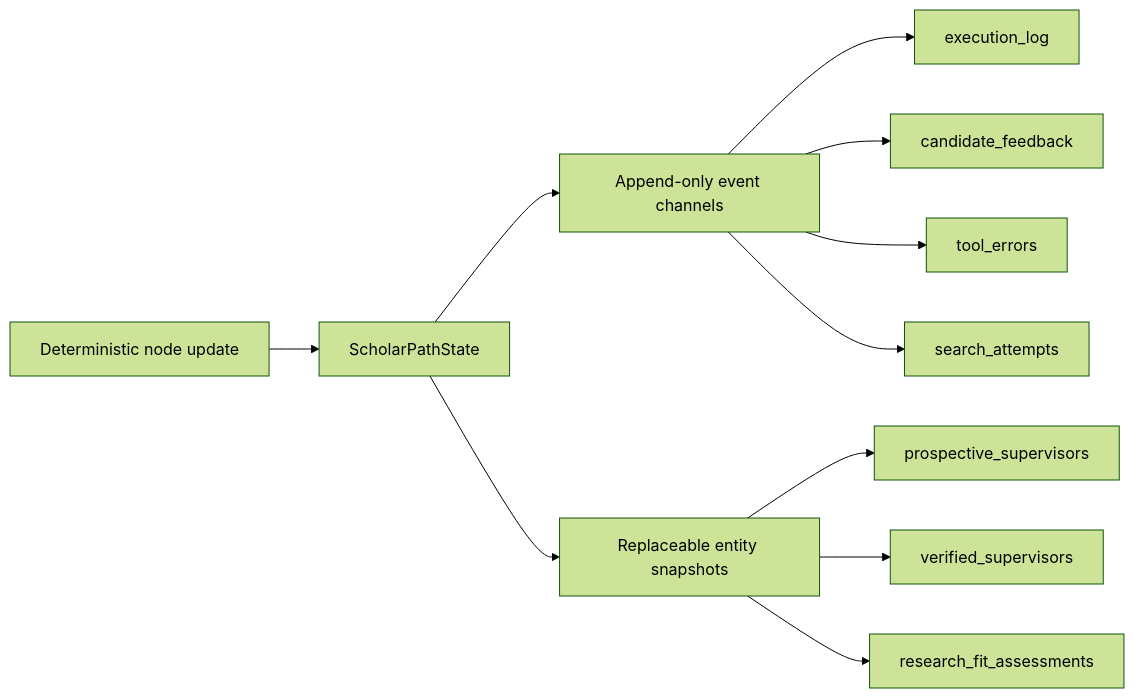
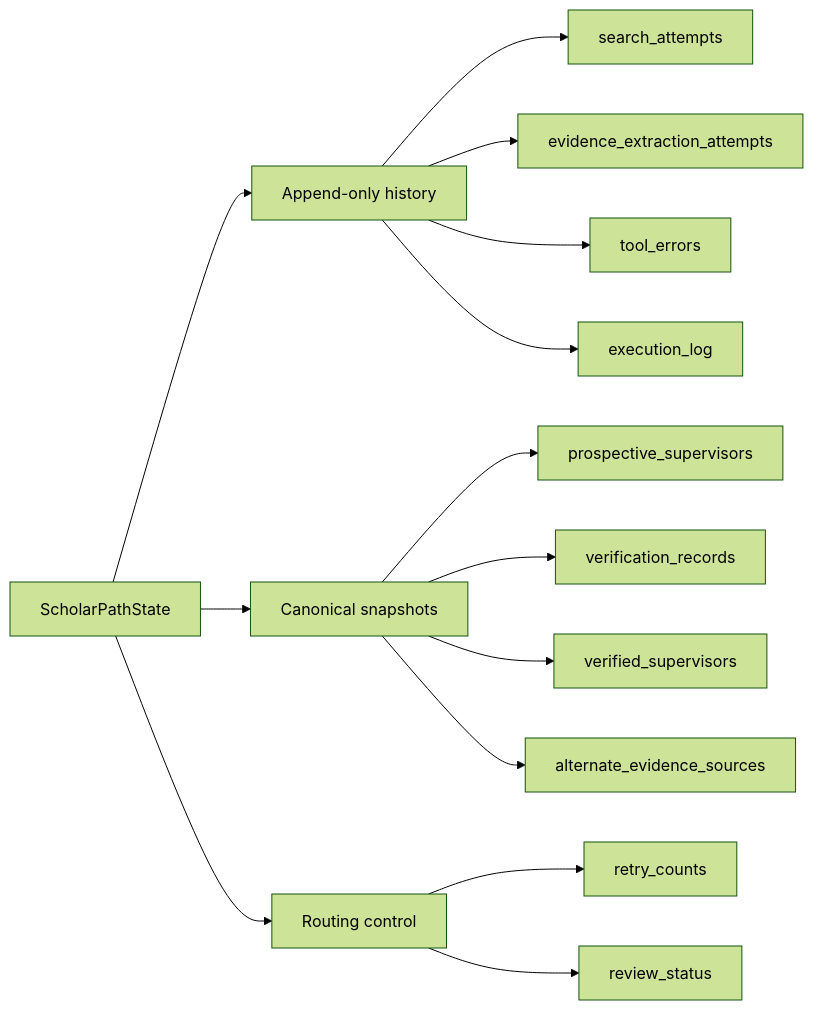
Before and after one commit to shanly-rajan/ai-builder: diagram 11 of 14 in projects/scholar-path/docs/architecture.md, drawn with Mermaid (forest theme). The commit also changed other lines of this file and 57 other files, not shown here.

Commit message:
feat: add Supervisor evidence extraction and verification

````diff
--- a/projects/scholar-path/docs/architecture.md
+++ b/projects/scholar-path/docs/architecture.md
@@ -234,13 +356,16 @@
 ```mermaid
 flowchart LR
-    N[Deterministic node update] --> STATE[ScholarPathState]
-    STATE --> EVENTS[Append-only event channels]
-    STATE --> SNAPSHOTS[Replaceable entity snapshots]
-    EVENTS --> LOG[execution_log]
-    EVENTS --> FEEDBACK[candidate_feedback]
-    EVENTS --> ERRORS[tool_errors]
-    EVENTS --> ATTEMPTS[search_attempts]
-    SNAPSHOTS --> PROSPECTIVE[prospective_supervisors]
-    SNAPSHOTS --> VERIFIED[verified_supervisors]
-    SNAPSHOTS --> FIT[research_fit_assessments]
+    STATE[ScholarPathState] --> HIST[Append-only history]
+    STATE --> SNAP[Canonical snapshots]
+    STATE --> CONTROL[Routing control]
+    HIST --> SA[search_attempts]
+    HIST --> EA[evidence_extraction_attempts]
+    HIST --> ERR[tool_errors]
+    HIST --> LOG[execution_log]
+    SNAP --> PS[prospective_supervisors]
+    SNAP --> VR[verification_records]
+    SNAP --> VS[verified_supervisors]
+    SNAP --> AES[alternate_evidence_sources]
+    CONTROL --> RETRY[retry_counts]
+    CONTROL --> STATUS[review_status]
 ```
````
